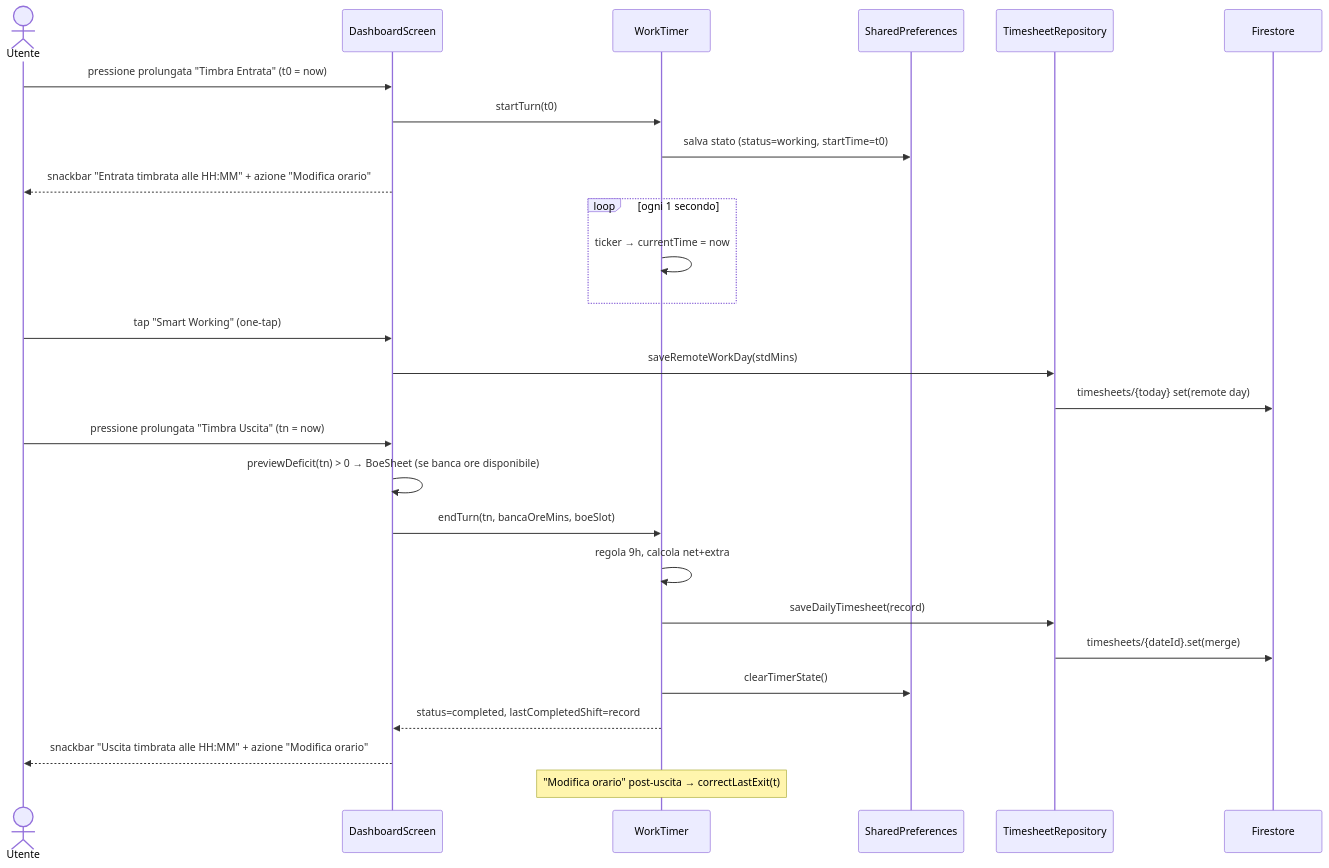
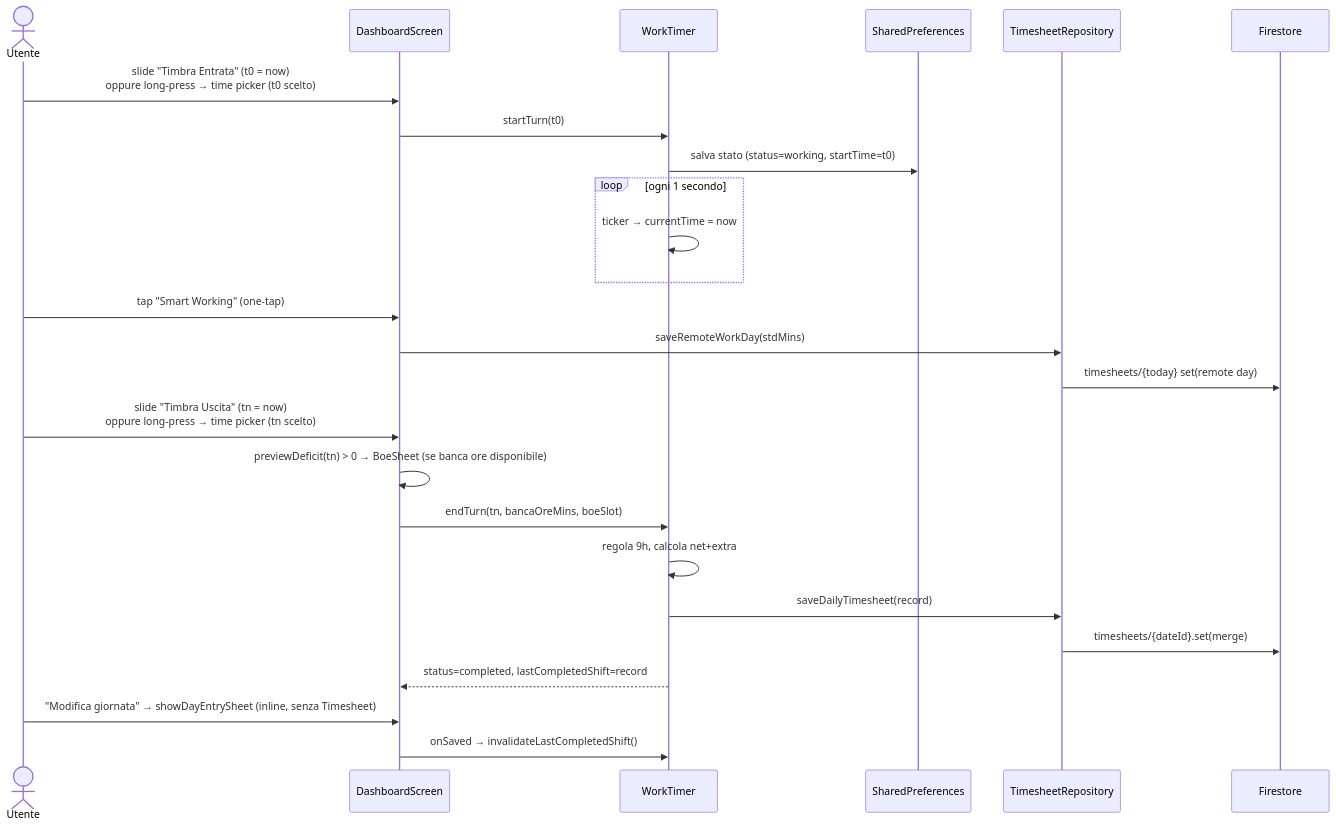
The first of 2 diagrams in docs/funzionalita/dashboard.md (marcocipriani/chigio_time), drawn with Mermaid before and after one commit. The commit also changed other lines of this file and 9 other files, not shown here.

First line of the commit message:
feat(hero): slide-to-clock button, inline day edit, maggior presenza counters + Drift WASM fix

````diff
--- a/docs/funzionalita/dashboard.md
+++ b/docs/funzionalita/dashboard.md
@@ -28,33 +28,31 @@
 ```mermaid
 sequenceDiagram
     actor U as Utente
     participant DS as DashboardScreen
     participant WT as WorkTimer
     participant SP as SharedPreferences
     participant TR as TimesheetRepository
     participant FS as Firestore
 
-    U->>DS: pressione prolungata "Timbra Entrata" (t0 = now)
+    U->>DS: slide "Timbra Entrata" (t0 = now)<br/>oppure long-press → time picker (t0 scelto)
     DS->>WT: startTurn(t0)
     WT->>SP: salva stato (status=working, startTime=t0)
-    DS-->>U: snackbar "Entrata timbrata alle HH:MM" + azione "Modifica orario"
 
     loop ogni 1 secondo
         WT->>WT: ticker → currentTime = now
     end
 
     U->>DS: tap "Smart Working" (one-tap)
     DS->>TR: saveRemoteWorkDay(stdMins)
     TR->>FS: timesheets/{today} set(remote day)
 
-    U->>DS: pressione prolungata "Timbra Uscita" (tn = now)
+    U->>DS: slide "Timbra Uscita" (tn = now)<br/>oppure long-press → time picker (tn scelto)
     DS->>DS: previewDeficit(tn) > 0 → BoeSheet (se banca ore disponibile)
     DS->>WT: endTurn(tn, bancaOreMins, boeSlot)
     WT->>WT: regola 9h, calcola net+extra
     WT->>TR: saveDailyTimesheet(record)
     TR->>FS: timesheets/{dateId}.set(merge)
-    WT->>SP: clearTimerState()
     WT-->>DS: status=completed, lastCompletedShift=record
-    DS-->>U: snackbar "Uscita timbrata alle HH:MM" + azione "Modifica orario"
-    Note over WT: "Modifica orario" post-uscita → correctLastExit(t)
+    U->>DS: "Modifica giornata" → showDayEntrySheet (inline, senza Timesheet)
+    DS->>WT: onSaved → invalidateLastCompletedShift()
 ```
````
